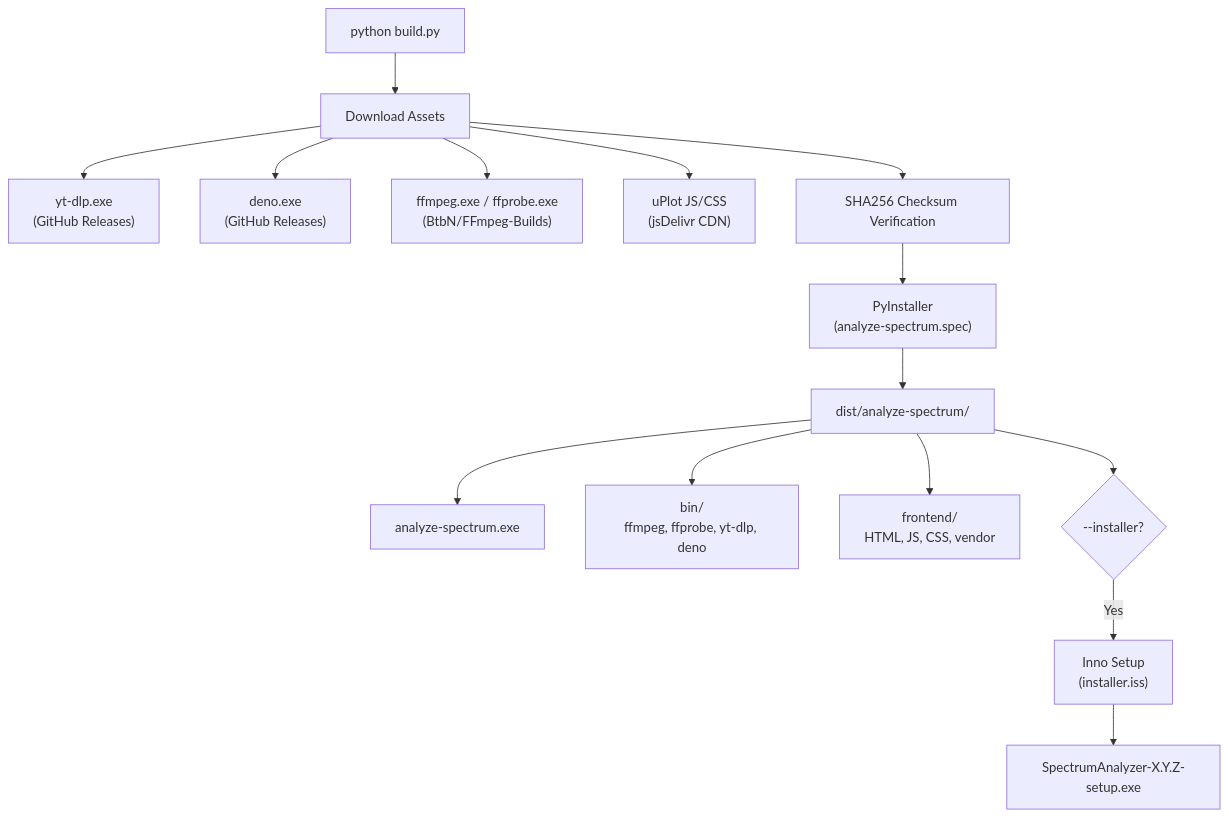
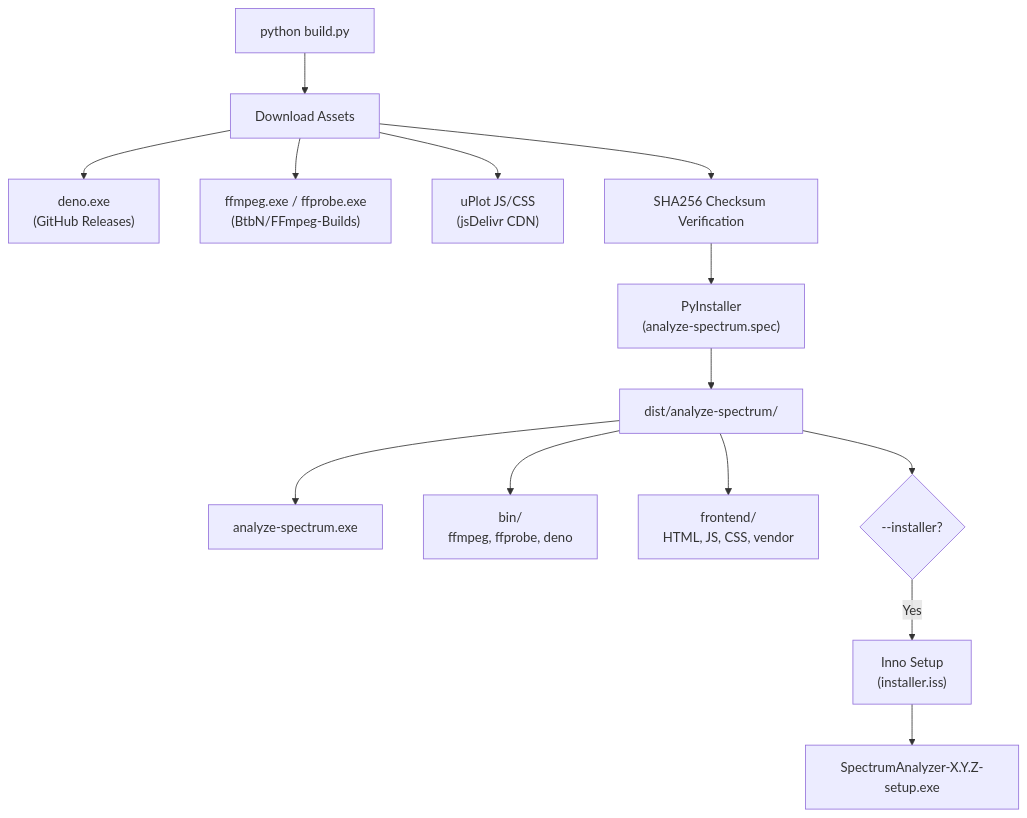
Before and after one commit to semnil/analyze-spectrum: diagram 14 of 16 in docs/architecture.md, drawn with Mermaid. The commit also changed other lines of this file and 7 other files, not shown here.

````diff
--- a/docs/architecture.md
+++ b/docs/architecture.md
@@ -376,23 +376,22 @@
 ```mermaid
 flowchart TD
     BUILD["python build.py"]
     DL_ASSETS["Download Assets"]
 
-    DL_ASSETS --> YTDLP["yt-dlp.exe<br/>(GitHub Releases)"]
     DL_ASSETS --> DENO["deno.exe<br/>(GitHub Releases)"]
     DL_ASSETS --> FFMPEG["ffmpeg.exe / ffprobe.exe<br/>(BtbN/FFmpeg-Builds)"]
     DL_ASSETS --> UPLOT["uPlot JS/CSS<br/>(jsDelivr CDN)"]
 
     BUILD --> DL_ASSETS
     DL_ASSETS --> VERIFY["SHA256 Checksum Verification"]
     VERIFY --> PYINST["PyInstaller<br/>(analyze-spectrum.spec)"]
 
     PYINST --> BUNDLE["dist/analyze-spectrum/"]
     BUNDLE --> EXE["analyze-spectrum.exe"]
-    BUNDLE --> BIN["bin/<br/>ffmpeg, ffprobe, yt-dlp, deno"]
+    BUNDLE --> BIN["bin/<br/>ffmpeg, ffprobe, deno"]
     BUNDLE --> FE["frontend/<br/>HTML, JS, CSS, vendor"]
 
     BUNDLE --> ISS{"--installer?"}
     ISS -->|Yes| INNO["Inno Setup<br/>(installer.iss)"]
     INNO --> SETUP["SpectrumAnalyzer-X.Y.Z-setup.exe"]
 ```
````
